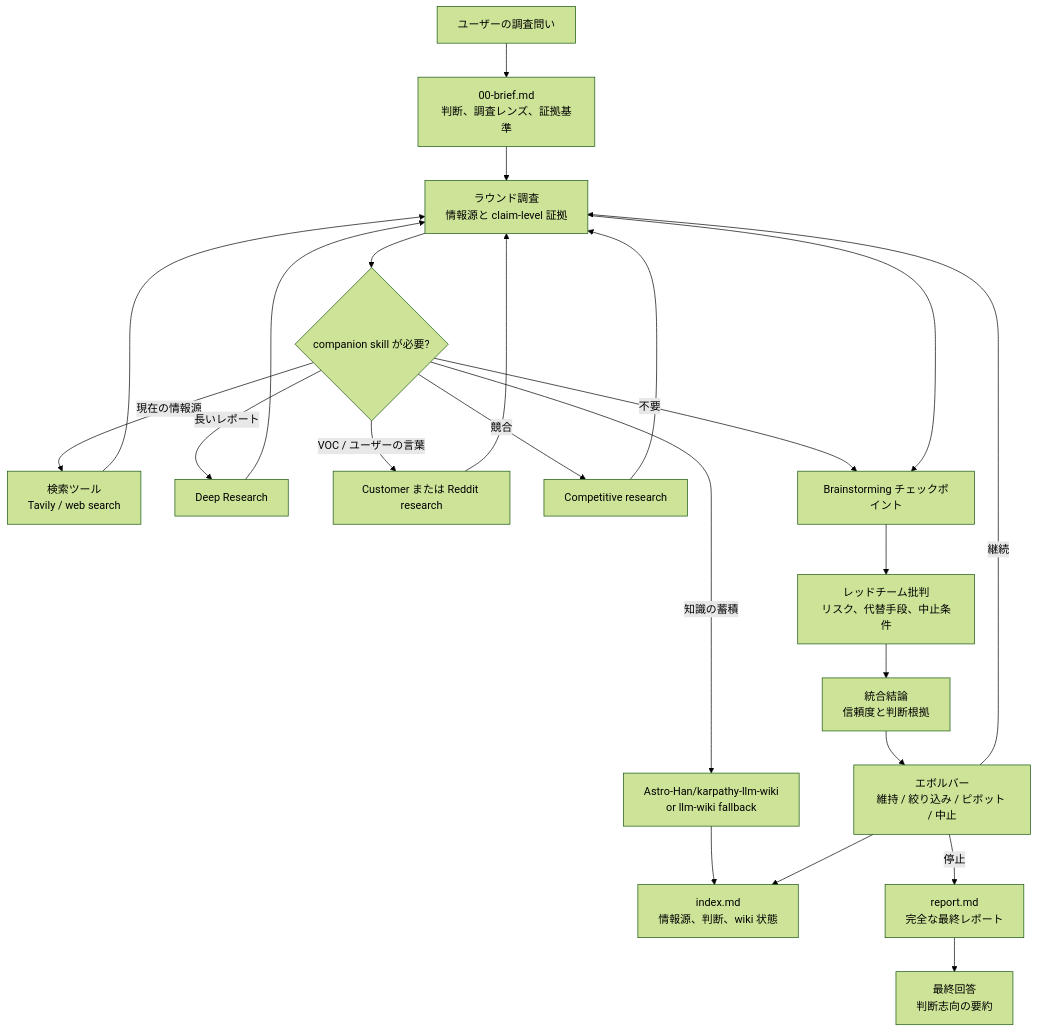
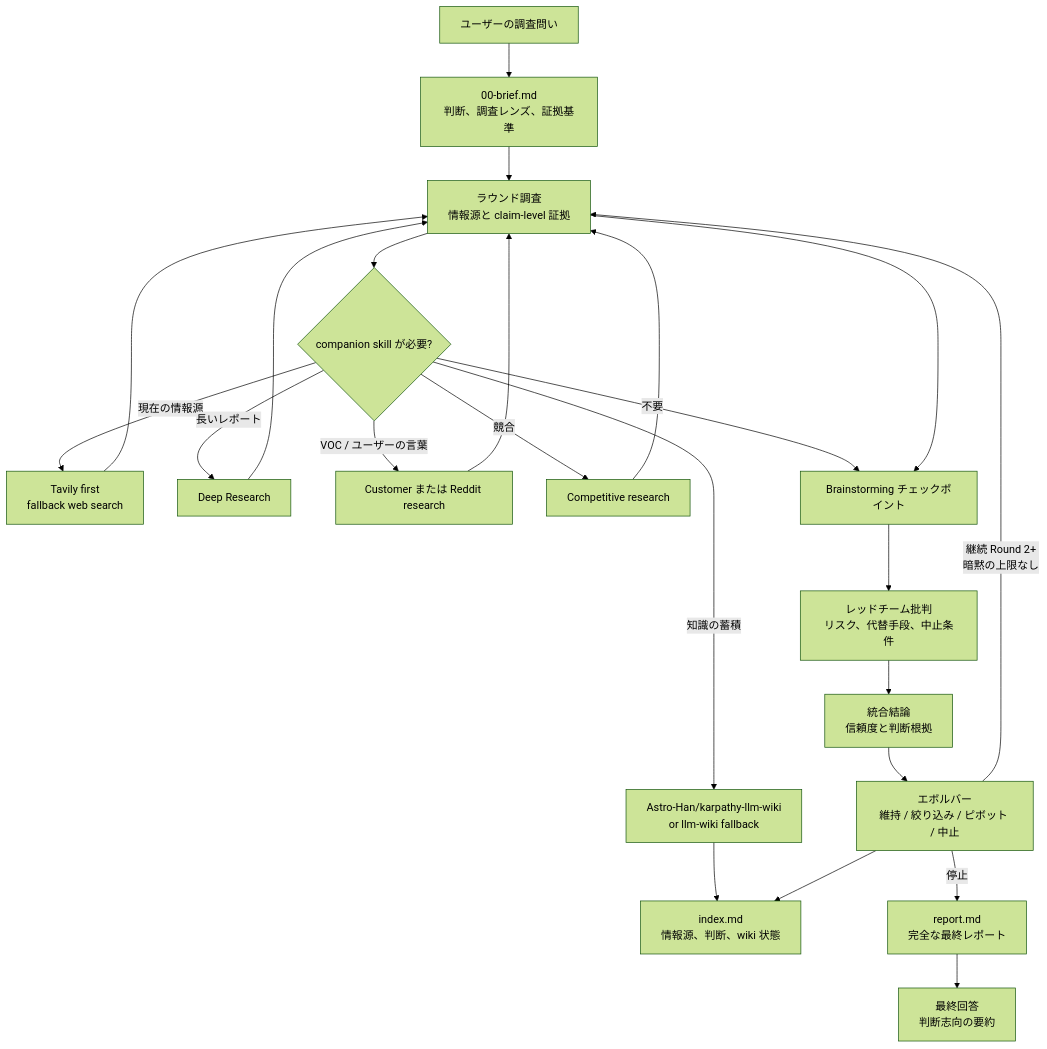
The diagram in README.ja.md (GoatGit/super-survey), drawn with Mermaid (forest theme) before and after one commit. The commit also changed other lines of this file and 5 other files, not shown here.

Commit message:
Strengthen survey search and round continuation

````diff
--- a/README.ja.md
+++ b/README.ja.md
@@ -110,25 +111,25 @@
 ```mermaid
 flowchart TD
     A[ユーザーの調査問い] --> B[00-brief.md<br/>判断、調査レンズ、証拠基準]
     B --> C[ラウンド調査<br/>情報源と claim-level 証拠]
     C --> D{companion skill が必要?}
-    D -->|現在の情報源| D1[検索ツール<br/>Tavily / web search]
+    D -->|現在の情報源| D1[Tavily first<br/>fallback web search]
     D -->|長いレポート| D2[Deep Research]
     D -->|VOC / ユーザーの言葉| D3[Customer または Reddit research]
     D -->|競合| D4[Competitive research]
     D -->|知識の蓄積| D5[Astro-Han/karpathy-llm-wiki<br/>or llm-wiki fallback]
     D -->|不要| E[Brainstorming チェックポイント]
     D1 --> C
     D2 --> C
     D3 --> C
     D4 --> C
     D5 --> I[index.md]
     C --> E[Brainstorming チェックポイント]
     E --> F[レッドチーム批判<br/>リスク、代替手段、中止条件]
     F --> G[統合結論<br/>信頼度と判断根拠]
     G --> H[エボルバー<br/>維持 / 絞り込み / ピボット / 中止]
     H --> I[index.md<br/>情報源、判断、wiki 状態]
-    H -->|継続| C
+    H -->|継続 Round 2+<br/>暗黙の上限なし| C
     H -->|停止| J[report.md<br/>完全な最終レポート]
     J --> K[最終回答<br/>判断志向の要約]
 ```
````
